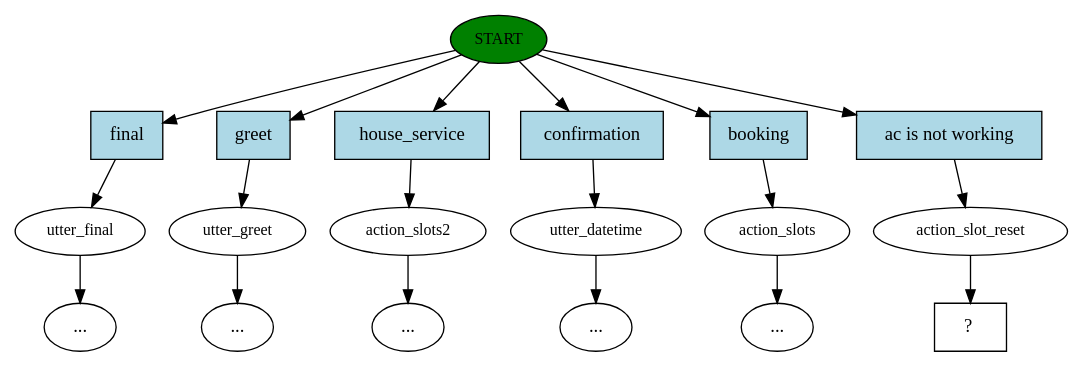
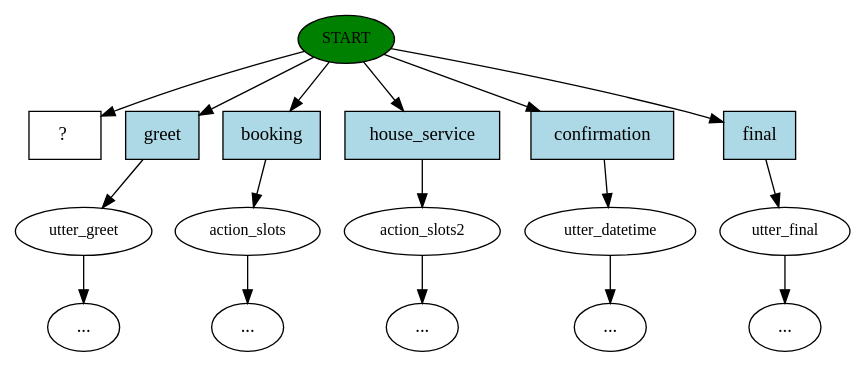
The diagram in story_graph.dot (shyam2718/NLP), drawn with Graphviz before and after one commit. The commit also changed 9 other files, not shown here.

```diff
--- a/story_graph.dot
+++ b/story_graph.dot
@@ -1,39 +1,35 @@
 digraph  {
 0 [label=START, fillcolor=green, style=filled, fontsize=12, class="start active"];
-1 [label=utter_final, fontsize=12, class=""];
+1 [label=utter_greet, fontsize=12, class=""];
 "-3" [label="...", class=ellipsis];
-2 [label=utter_greet, fontsize=12, class=""];
+2 [label=action_slots, fontsize=12, class=""];
 "-4" [label="...", class=ellipsis];
 3 [label=action_slots2, fontsize=12, class=""];
 "-5" [label="...", class=ellipsis];
 4 [label=utter_datetime, fontsize=12, class=""];
 "-6" [label="...", class=ellipsis];
-5 [label=action_slots, fontsize=12, class=""];
+5 [label=utter_final, fontsize=12, class=""];
 "-7" [label="...", class=ellipsis];
-6 [label=action_slot_reset, fontsize=12, class=active];
-7 [label="  ?  ", shape=rect, class="intent dashed active"];
-8 [label=final, shape=rect, style=filled, fillcolor=lightblue, class=intent];
-9 [label=greet, shape=rect, style=filled, fillcolor=lightblue, class=intent];
-10 [label=house_service, shape=rect, style=filled, fillcolor=lightblue, class=intent];
-11 [label=confirmation, shape=rect, style=filled, fillcolor=lightblue, class=intent];
-12 [label=booking, shape=rect, style=filled, fillcolor=lightblue, class=intent];
-13 [label="ac is not working", shape=rect, style=filled, fillcolor=lightblue, class="intent active"];
+6 [label="  ?  ", shape=rect, class="intent dashed active"];
+7 [label=greet, shape=rect, style=filled, fillcolor=lightblue, class=intent];
+8 [label=booking, shape=rect, style=filled, fillcolor=lightblue, class=intent];
+9 [label=house_service, shape=rect, style=filled, fillcolor=lightblue, class=intent];
+10 [label=confirmation, shape=rect, style=filled, fillcolor=lightblue, class=intent];
+11 [label=final, shape=rect, style=filled, fillcolor=lightblue, class=intent];
+0 -> 6  [key=NONE, label="", class=active];
+0 -> 7  [key=0, class=""];
 0 -> 8  [key=0, class=""];
 0 -> 9  [key=0, class=""];
 0 -> 10  [key=0, class=""];
 0 -> 11  [key=0, class=""];
-0 -> 12  [key=0, class=""];
-0 -> 13  [key=0, class=active];
 1 -> "-3"  [key=NONE, label="", class=""];
 2 -> "-4"  [key=NONE, label="", class=""];
 3 -> "-5"  [key=NONE, label="", class=""];
 4 -> "-6"  [key=NONE, label="", class=""];
 5 -> "-7"  [key=NONE, label="", class=""];
-6 -> 7  [key=NONE, label="", class=active];
-8 -> 1  [key=0, class=""];
-9 -> 2  [key=0, class=""];
-10 -> 3  [key=0, class=""];
-11 -> 4  [key=0, class=""];
-12 -> 5  [key=0, class=""];
-13 -> 6  [key=0, class=active];
+7 -> 1  [key=0, class=""];
+8 -> 2  [key=0, class=""];
+9 -> 3  [key=0, class=""];
+10 -> 4  [key=0, class=""];
+11 -> 5  [key=0, class=""];
 }
```
